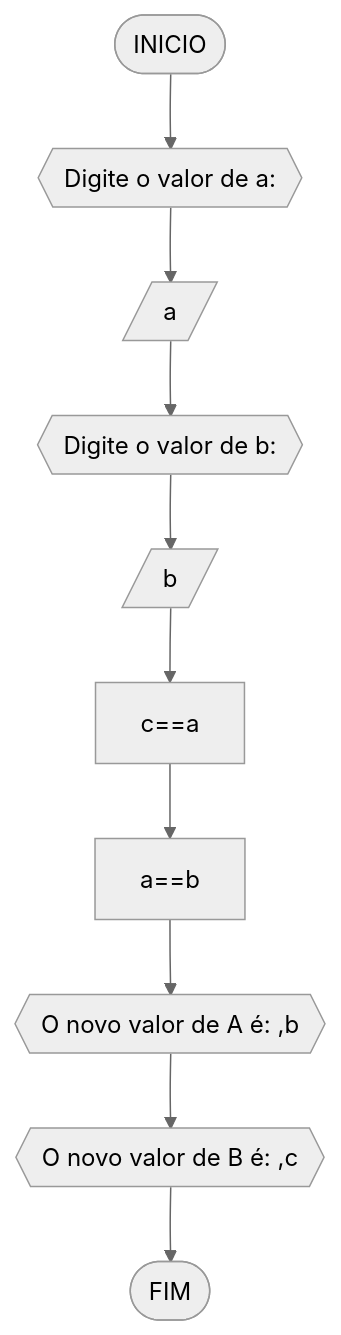
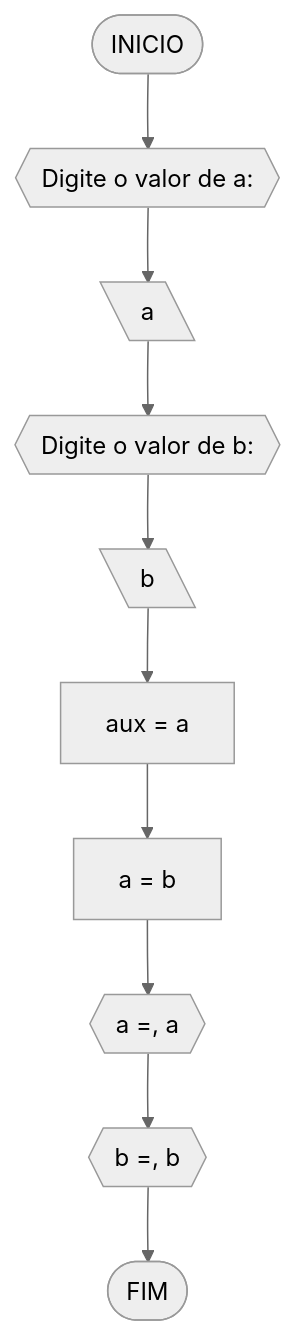
The first of 7 diagrams in rra/Unidade1/AD1.md (sdiogenes/unifor), drawn with Mermaid (neutral theme) before and after one commit. The commit also changed other lines of this file, not shown here.

````diff
--- a/rra/Unidade1/AD1.md
+++ b/rra/Unidade1/AD1.md
@@ -45,12 +50,12 @@
 ```mermaid
 flowchart TD
 A([INICIO]) --> B{{"Digite o valor de a: "}}
-B --> C[/a/]
+B --> C[\a\]
 C --> D{{"Digite o valor de b: "}}
-D --> E[/b/]
-E --> F[c==a]
-F --> G[a==b]
-G --> H{{"O novo valor de A é: ",b}}
-H --> I{{"O novo valor de B é: ",c}}
+D --> E[\b\]
+E --> F[aux = a]
+F --> G[a = b]
+G --> H{{"a =", a}}
+H --> I{{"b =", b}}
 I --> J([FIM])
 ```
````
